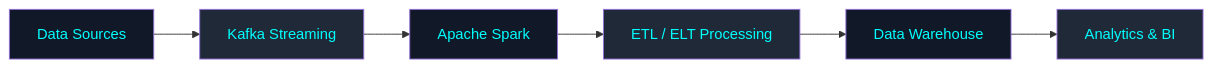
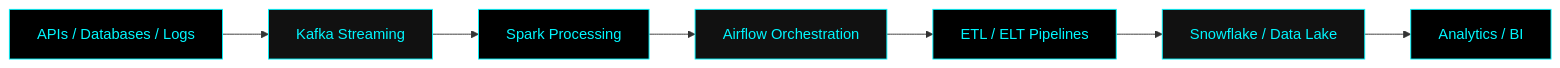
One commit to a-ahadDataEngineer/a-ahadDataEngineer changed the diagram in README.md. Above: the diagram before and after it, drawn with Mermaid. The commit also changed other lines of this file, not shown here.

````diff
--- a/README.md
+++ b/README.md
@@ -129,16 +124,18 @@
-```mermaid
+```mermaid id="9wz2k1"
 flowchart LR
 
-A[Data Sources] --> B[Kafka Streaming]
-B --> C[Apache Spark]
-C --> D[ETL / ELT Processing]
-D --> E[Data Warehouse]
-E --> F[Analytics & BI]
+A[APIs / Databases / Logs] --> B[Kafka Streaming]
+B --> C[Spark Processing]
+C --> D[Airflow Orchestration]
+D --> E[ETL / ELT Pipelines]
+E --> F[Snowflake / Data Lake]
+F --> G[Analytics / BI]
 
-style A fill:#111827,color:#00FFFF
-style B fill:#1F2937,color:#00FFFF
-style C fill:#111827,color:#00FFFF
-style D fill:#1F2937,color:#00FFFF
-style E fill:#111827,color:#00FFFF
-style F fill:#1F2937,color:#00FFFF
+style A fill:#000000,color:#00F7FF,stroke:#00F7FF
+style B fill:#111111,color:#00F7FF,stroke:#00F7FF
+style C fill:#000000,color:#00F7FF,stroke:#00F7FF
+style D fill:#111111,color:#00F7FF,stroke:#00F7FF
+style E fill:#000000,color:#00F7FF,stroke:#00F7FF
+style F fill:#111111,color:#00F7FF,stroke:#00F7FF
+style G fill:#000000,color:#00F7FF,stroke:#00F7FF
 ```
````
